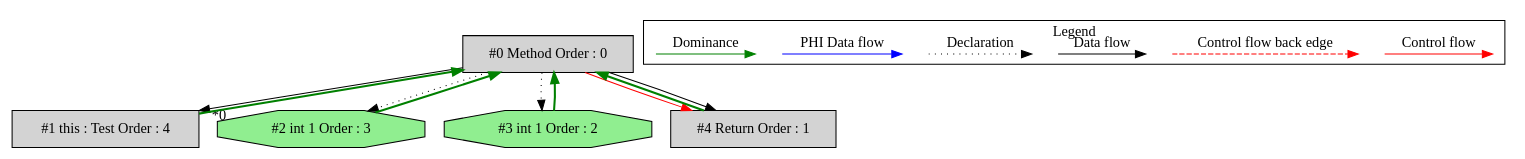
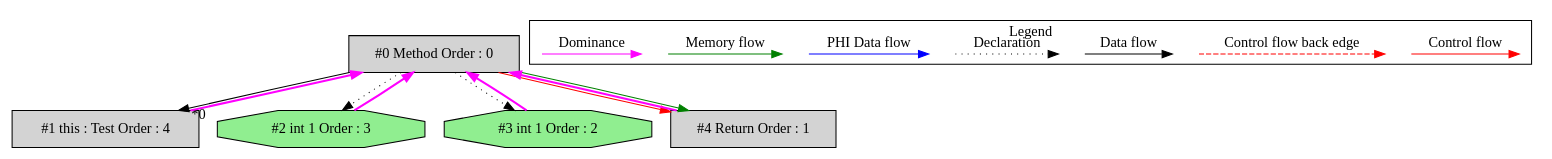
The diagram in de.mirkosertic.metair.ir.OpcodeDUP2Test/test_DUP2_form1/ir_dominatortree.dot (mirkosertic/MetaIR), drawn with Graphviz before and after one commit. The commit also changed 1502 other files, not shown here.

```diff
--- a/de.mirkosertic.metair.ir.OpcodeDUP2Test/test_DUP2_form1/ir_dominatortree.dot
+++ b/de.mirkosertic.metair.ir.OpcodeDUP2Test/test_DUP2_form1/ir_dominatortree.dot
@@ -1,43 +1,46 @@
 digraph debugoutput {
  ordering="in";
  node0[label="#0 Method Order : 0",shape=box, fillcolor=lightgrey, style=filled];
  node1[label="#1 this : Test Order : 4",shape=box, fillcolor=lightgrey, style=filled];
- node1 -> node0[dir="forward" color="green" penwidth="2"];
+ node1 -> node0[dir="forward" color="fuchsia" penwidth="2"];
  node0 -> node1[headlabel="*0", labeldistance=2];
  node2[label="#2 int 1 Order : 3",shape=octagon, fillcolor=lightgreen, style=filled];
- node2 -> node0[dir="forward" color="green" penwidth="2"];
+ node2 -> node0[dir="forward" color="fuchsia" penwidth="2"];
  node0 -> node2[style=dotted];
  node3[label="#3 int 1 Order : 2",shape=octagon, fillcolor=lightgreen, style=filled];
- node3 -> node0[dir="forward" color="green" penwidth="2"];
+ node3 -> node0[dir="forward" color="fuchsia" penwidth="2"];
  node0 -> node3[style=dotted];
  node4[label="#4 Return Order : 1",shape=box, fillcolor=lightgrey, style=filled];
- node4 -> node0[dir="forward" color="green" penwidth="2"];
+ node4 -> node0[dir="forward" color="fuchsia" penwidth="2"];
  node0 -> node4[labeldistance=2, color=red, fontcolor=red];
- node0 -> node4;
+ node0 -> node4[labeldistance=2, color=green, constraint=false];
  subgraph cluster_000 {
   label = "Legend";
   node [shape=point]
   {
    rank=same;
    c0 [style = invis];
    c1 [style = invis];
    c2 [style = invis];
    c3 [style = invis];
    d0 [style = invis];
    d1 [style = invis];
    d2 [style = invis];
    d3 [style = invis];
    d4 [style = invis];
    d5 [style = invis];
    d6 [style = invis];
    d7 [style = invis];
+   d8 [style = invis];
+   d9 [style = invis];
   }
   c0 -> c1 [label="Control flow", style=solid, color=red]
   c2 -> c3 [label="Control flow back edge", style=dashed, color=red]
   d0 -> d1 [label="Data flow"]
   d2 -> d3 [label="Declaration", style=dotted]
   d4 -> d5 [label="PHI Data flow", color=blue]
-  d6 -> d7 [label="Dominance", color=green]
+  d6 -> d7 [label="Memory flow", color=green]
+  d8 -> d9 [label="Dominance", color=fuchsia, style=solid]
  }
 
 }
```
